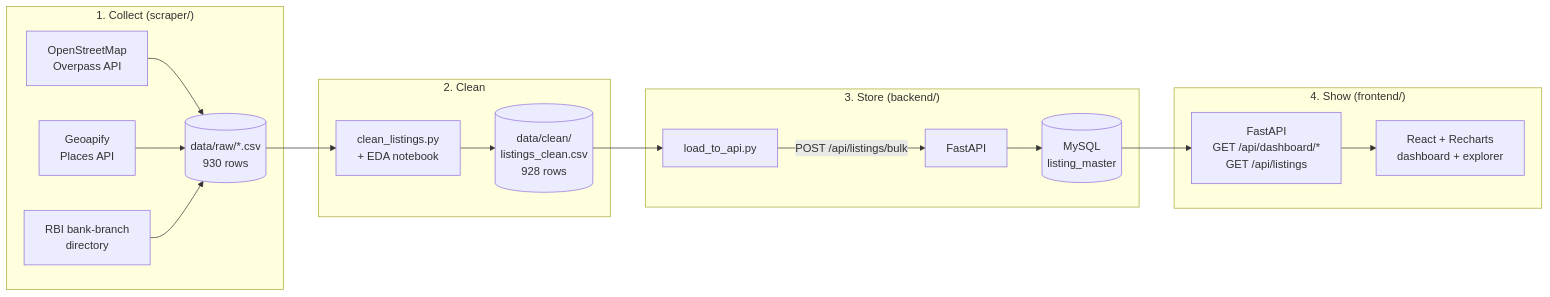
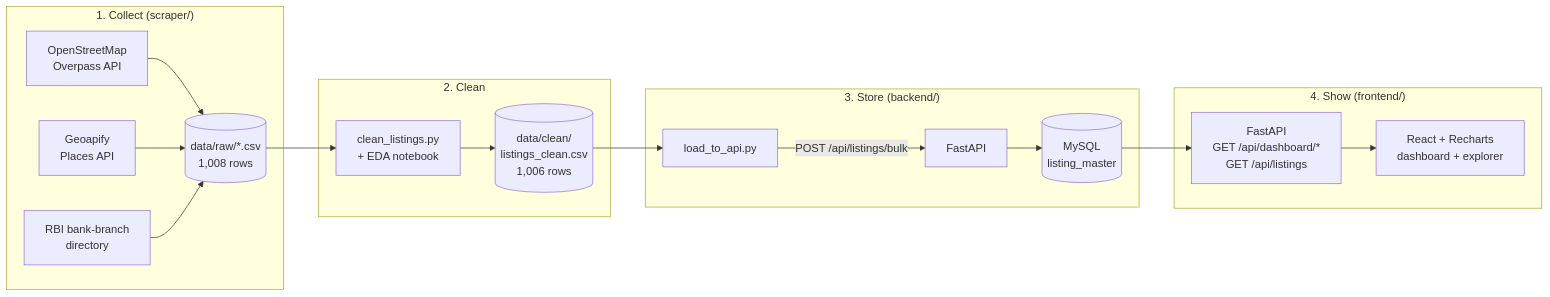
Before and after one commit to bilaltambolialt/honeybee_listings: the diagram in README.md, drawn with Mermaid. The commit also changed other lines of this file and 13 other files, not shown here.

First line of the commit message:
data: collect 6 per city x category (1,006 listings) and document deployment

````diff
--- a/README.md
+++ b/README.md
@@ -40,20 +44,20 @@
 ```mermaid
 flowchart LR
     subgraph Collect["1. Collect (scraper/)"]
         A1[OpenStreetMap<br/>Overpass API] --> R
         A2[Geoapify<br/>Places API] --> R
         A3[RBI bank-branch<br/>directory] --> R
-        R[(data/raw/*.csv<br/>930 rows)]
+        R[(data/raw/*.csv<br/>1,008 rows)]
     end
     subgraph Clean["2. Clean"]
         R --> C[clean_listings.py<br/>+ EDA notebook]
-        C --> CC[(data/clean/<br/>listings_clean.csv<br/>928 rows)]
+        C --> CC[(data/clean/<br/>listings_clean.csv<br/>1,006 rows)]
     end
     subgraph Store["3. Store (backend/)"]
         CC --> L[load_to_api.py] -->|POST /api/listings/bulk| API[FastAPI]
         API --> DB[(MySQL<br/>listing_master)]
     end
     subgraph Show["4. Show (frontend/)"]
         DB --> API2[FastAPI<br/>GET /api/dashboard/*<br/>GET /api/listings] --> UI[React + Recharts<br/>dashboard + explorer]
     end
 ```
````
